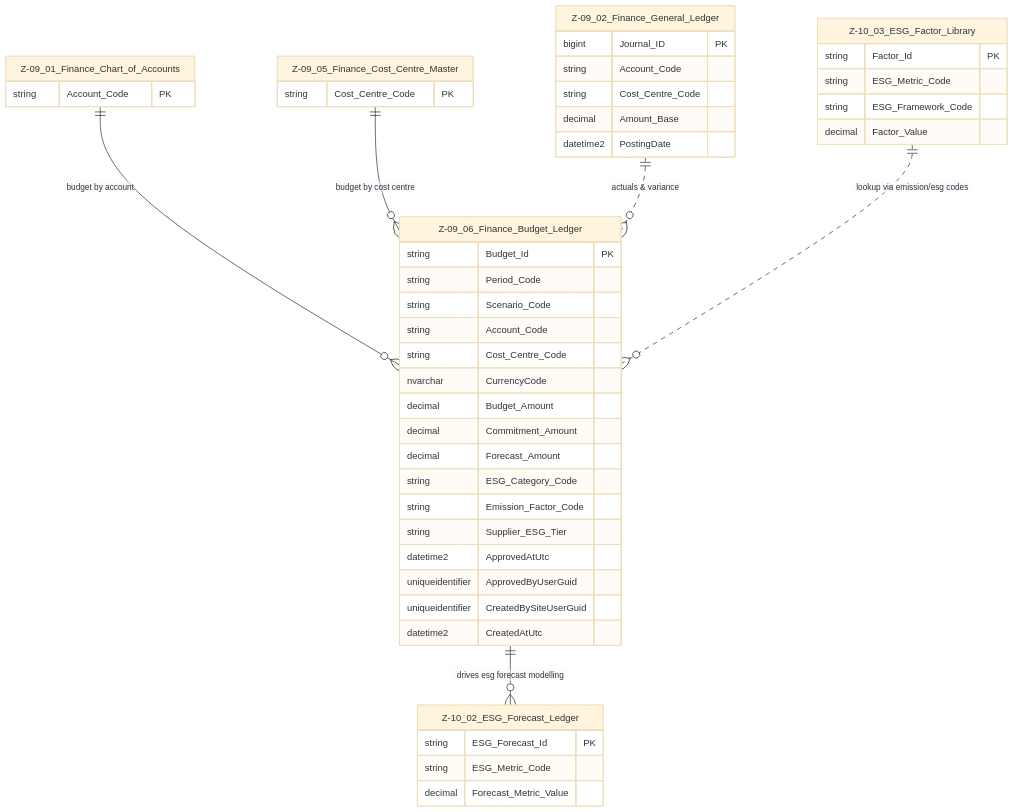
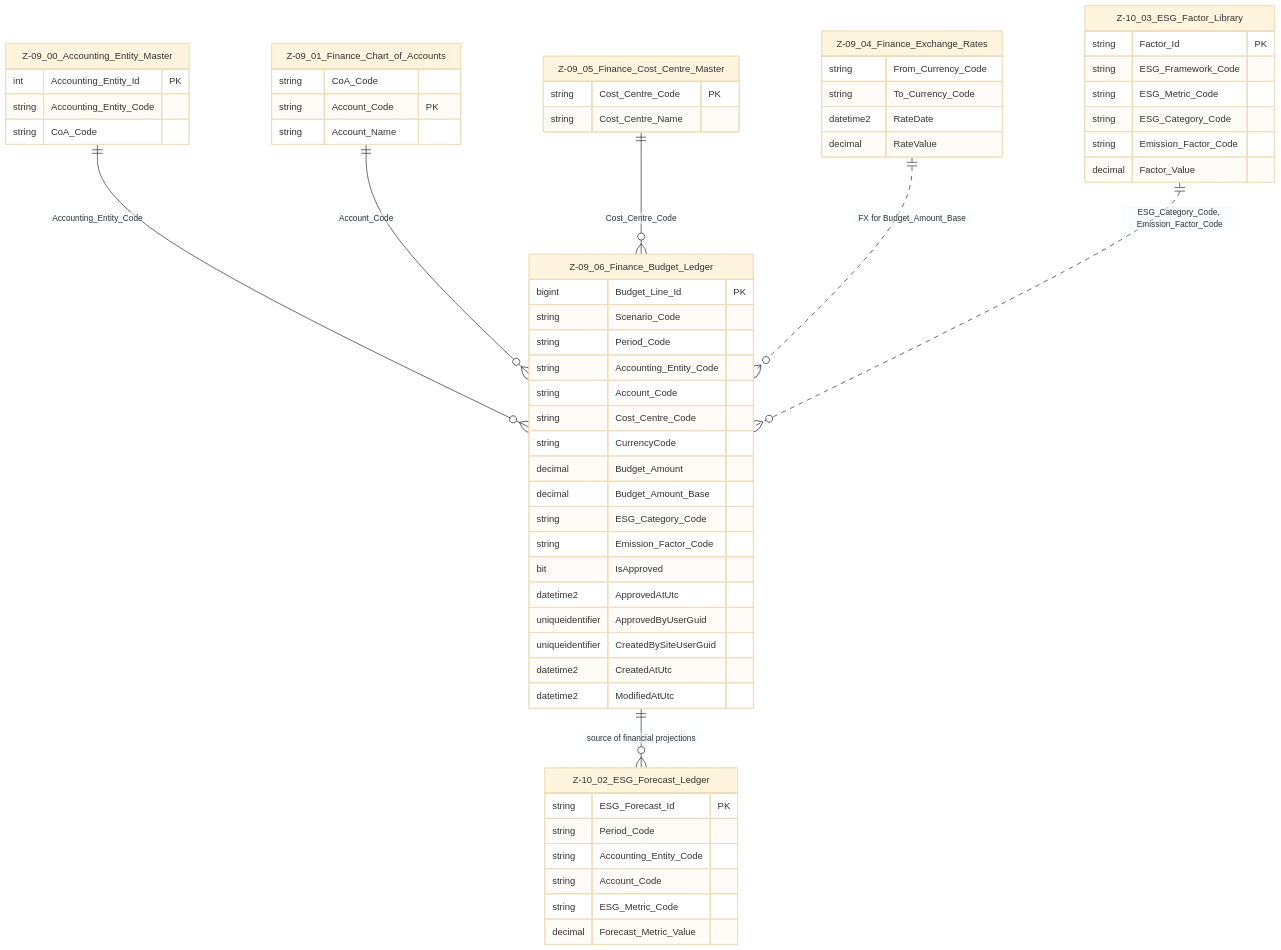
One commit to NeilWP/SUSTINA_CAB changed the diagram in 100 DATA MODELLING/Z- Data Entites/Finance Domain/Z-09.06_Finance_Budget_Ledger.md. Above: the diagram before and after it, drawn with Mermaid (base theme). The commit also changed other lines of this file and 7 other files, not shown here.

Commit message:
Updating ERD for FINANCE  Domain

````diff
--- a/100 DATA MODELLING/Z- Data Entites/Finance Domain/Z-09.06_Finance_Budget_Ledger.md
+++ b/100 DATA MODELLING/Z- Data Entites/Finance Domain/Z-09.06_Finance_Budget_Ledger.md
@@ -36,60 +54,96 @@
 ```mermaid
 erDiagram
+
+    %% ===========================
+    %% BUDGET LEDGER CORE
+    %% ===========================
     Z-09_06_Finance_Budget_Ledger {
-        string Budget_Id PK
+        bigint Budget_Line_Id PK
+        string Scenario_Code
         string Period_Code
-        string Scenario_Code
+        string Accounting_Entity_Code
         string Account_Code
         string Cost_Centre_Code
-        nvarchar CurrencyCode
+        string CurrencyCode
         decimal Budget_Amount
-        decimal Commitment_Amount
-        decimal Forecast_Amount
+        decimal Budget_Amount_Base
         string ESG_Category_Code
         string Emission_Factor_Code
-        string Supplier_ESG_Tier
+        bit IsApproved
         datetime2 ApprovedAtUtc
         uniqueidentifier ApprovedByUserGuid
         uniqueidentifier CreatedBySiteUserGuid
         datetime2 CreatedAtUtc
+        datetime2 ModifiedAtUtc
     }
 
-    Z-09_01_Finance_Chart_of_Accounts {
-        string Account_Code PK
+    %% ===========================
+    %% ACCOUNTING ENTITY
+    %% ===========================
+    Z-09_00_Accounting_Entity_Master {
+        int Accounting_Entity_Id PK
+        string Accounting_Entity_Code
+        string CoA_Code
     }
 
+    %% ===========================
+    %% CHART OF ACCOUNTS
+    %% ===========================
+    Z-09_01_Finance_Chart_of_Accounts {
+        string CoA_Code
+        string Account_Code PK
+        string Account_Name
+    }
+
+    %% ===========================
+    %% COST CENTRE MASTER
+    %% ===========================
     Z-09_05_Finance_Cost_Centre_Master {
         string Cost_Centre_Code PK
+        string Cost_Centre_Name
     }
 
-    Z-09_02_Finance_General_Ledger {
-        bigint Journal_ID PK
-        string Account_Code
-        string Cost_Centre_Code
-        decimal Amount_Base
-        datetime2 PostingDate
+    %% ===========================
+    %% EXCHANGE RATES
+    %% ===========================
+    Z-09_04_Finance_Exchange_Rates {
+        string From_Currency_Code
+        string To_Currency_Code
+        datetime2 RateDate
+        decimal RateValue
     }
 
-    %% ESG DOMAIN — SOFT RELATIONSHIPS
+    %% ===========================
+    %% ESG FACTOR LIBRARY
+    %% ===========================
     Z-10_03_ESG_Factor_Library {
         string Factor_Id PK
+        string ESG_Framework_Code
         string ESG_Metric_Code
-        string ESG_Framework_Code
+        string ESG_Category_Code
+        string Emission_Factor_Code
         decimal Factor_Value
     }
 
+    %% ===========================
+    %% ESG FORECAST LEDGER
+    %% ===========================
     Z-10_02_ESG_Forecast_Ledger {
         string ESG_Forecast_Id PK
+        string Period_Code
+        string Accounting_Entity_Code
+        string Account_Code
         string ESG_Metric_Code
         decimal Forecast_Metric_Value
     }
 
-    %% FINANCE RELATIONSHIPS
-    Z-09_01_Finance_Chart_of_Accounts ||--o{ Z-09_06_Finance_Budget_Ledger : "budget by account"
-    Z-09_05_Finance_Cost_Centre_Master ||--o{ Z-09_06_Finance_Budget_Ledger : "budget by cost centre"
-    Z-09_02_Finance_General_Ledger ||..o{ Z-09_06_Finance_Budget_Ledger : "actuals & variance"
-
-    %% ESG BRIDGE RELATIONSHIPS (SOFT LINK)
-    Z-10_03_ESG_Factor_Library ||..o{ Z-09_06_Finance_Budget_Ledger : "lookup via emission/esg codes"
-    Z-09_06_Finance_Budget_Ledger ||--o{ Z-10_02_ESG_Forecast_Ledger : "drives esg forecast modelling"
+    %% ===========================
+    %% RELATIONSHIPS (ONE TIER)
+    %% ===========================
+    Z-09_00_Accounting_Entity_Master ||--o{ Z-09_06_Finance_Budget_Ledger : "Accounting_Entity_Code"
+    Z-09_01_Finance_Chart_of_Accounts ||--o{ Z-09_06_Finance_Budget_Ledger : "Account_Code"
+    Z-09_05_Finance_Cost_Centre_Master ||--o{ Z-09_06_Finance_Budget_Ledger : "Cost_Centre_Code"
+    Z-09_04_Finance_Exchange_Rates ||..o{ Z-09_06_Finance_Budget_Ledger : "FX for Budget_Amount_Base"
+    Z-10_03_ESG_Factor_Library ||..o{ Z-09_06_Finance_Budget_Ledger : "ESG_Category_Code, Emission_Factor_Code"
+    Z-09_06_Finance_Budget_Ledger ||--o{ Z-10_02_ESG_Forecast_Ledger : "source of financial projections"
 ```
````
